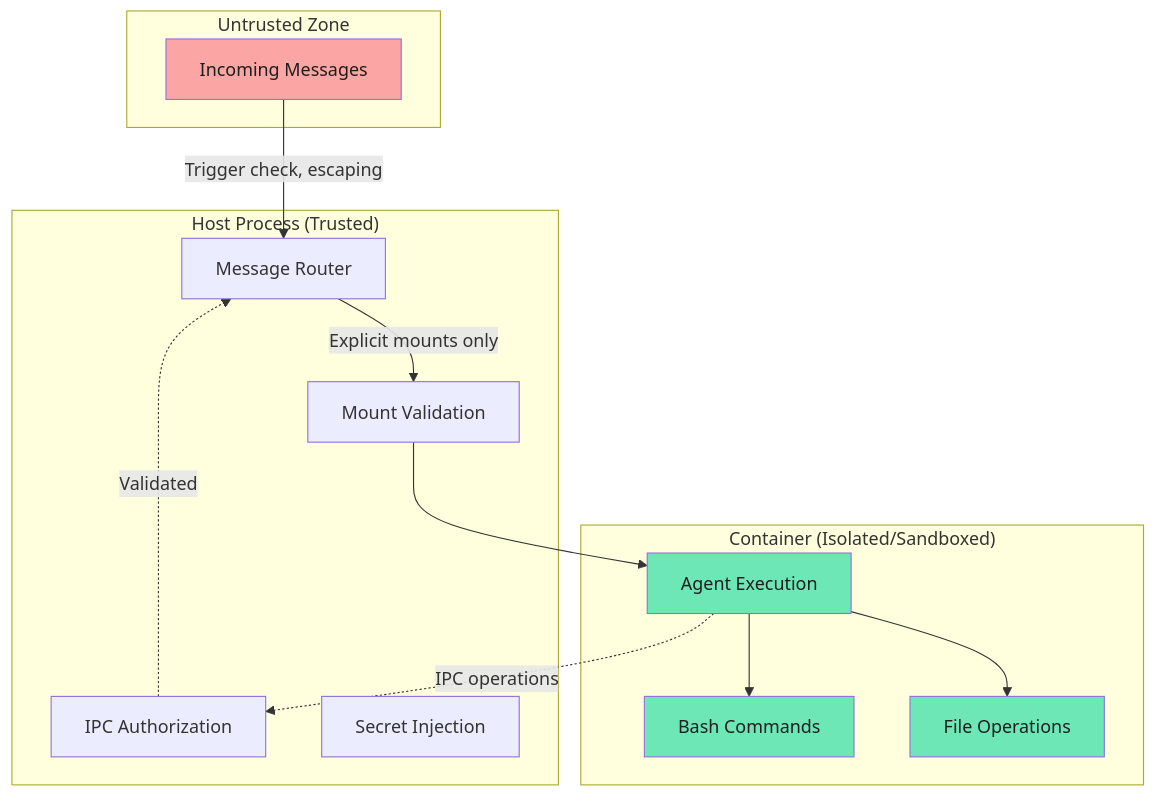
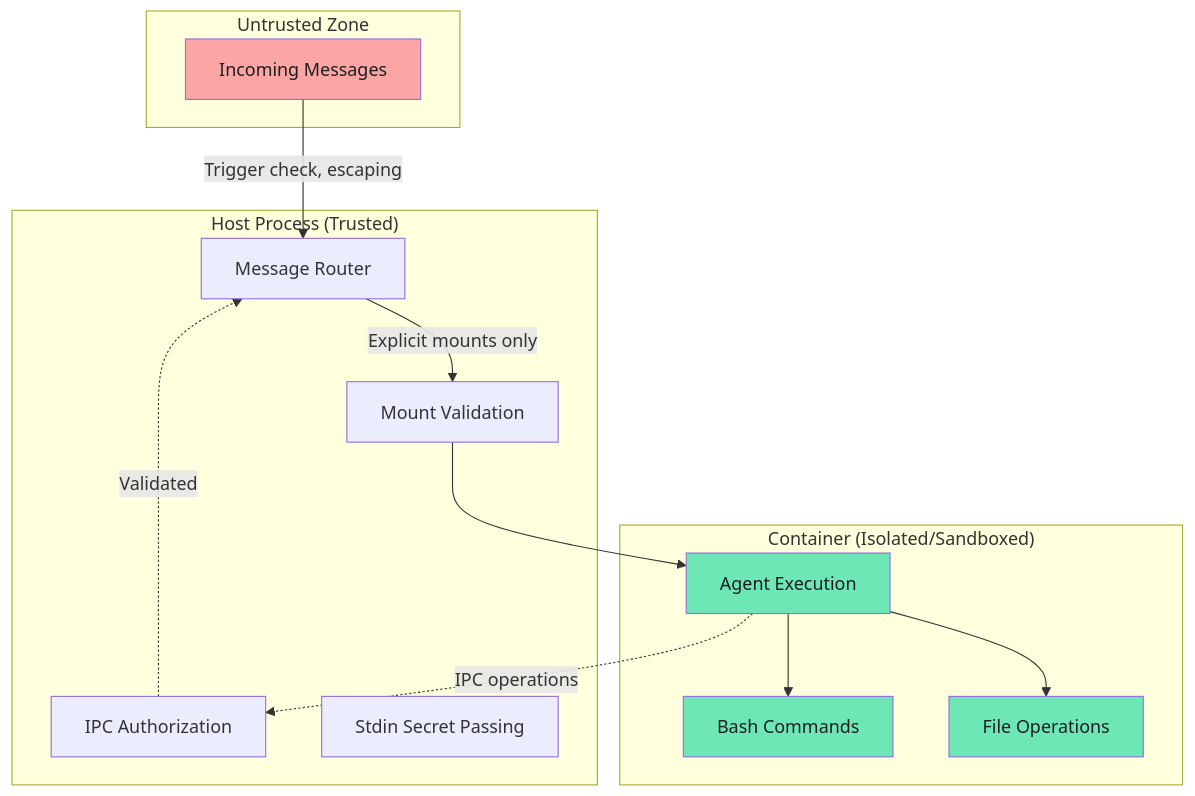
Before and after one commit to glifocat/nanoclaw-docs: the diagram in concepts/security.mdx, drawn with Mermaid. The commit also changed other lines of this file and 15 other files, not shown here.

````diff
--- a/concepts/security.mdx
+++ b/concepts/security.mdx
@@ -36,32 +36,32 @@
 ```mermaid
 graph TB
     subgraph "Untrusted Zone"
         MSG[Incoming Messages]
     end
 
     subgraph "Host Process (Trusted)"
         RT[Message Router]
         IPC[IPC Authorization]
         MV[Mount Validation]
-        CF[Secret Injection]
+        CF[Stdin Secret Passing]
     end
 
     subgraph "Container (Isolated/Sandboxed)"
         AG[Agent Execution]
         BA[Bash Commands]
         FO[File Operations]
     end
 
     MSG -->|Trigger check, escaping| RT
     RT -->|Explicit mounts only| MV
     MV --> AG
     AG -.->|IPC operations| IPC
     IPC -.->|Validated| RT
     AG --> BA
     AG --> FO
 
     style MSG fill:#fca5a5,color:#1e1e1e
     style AG fill:#6ee7b7,color:#1e1e1e
     style BA fill:#6ee7b7,color:#1e1e1e
     style FO fill:#6ee7b7,color:#1e1e1e
 ```
````
